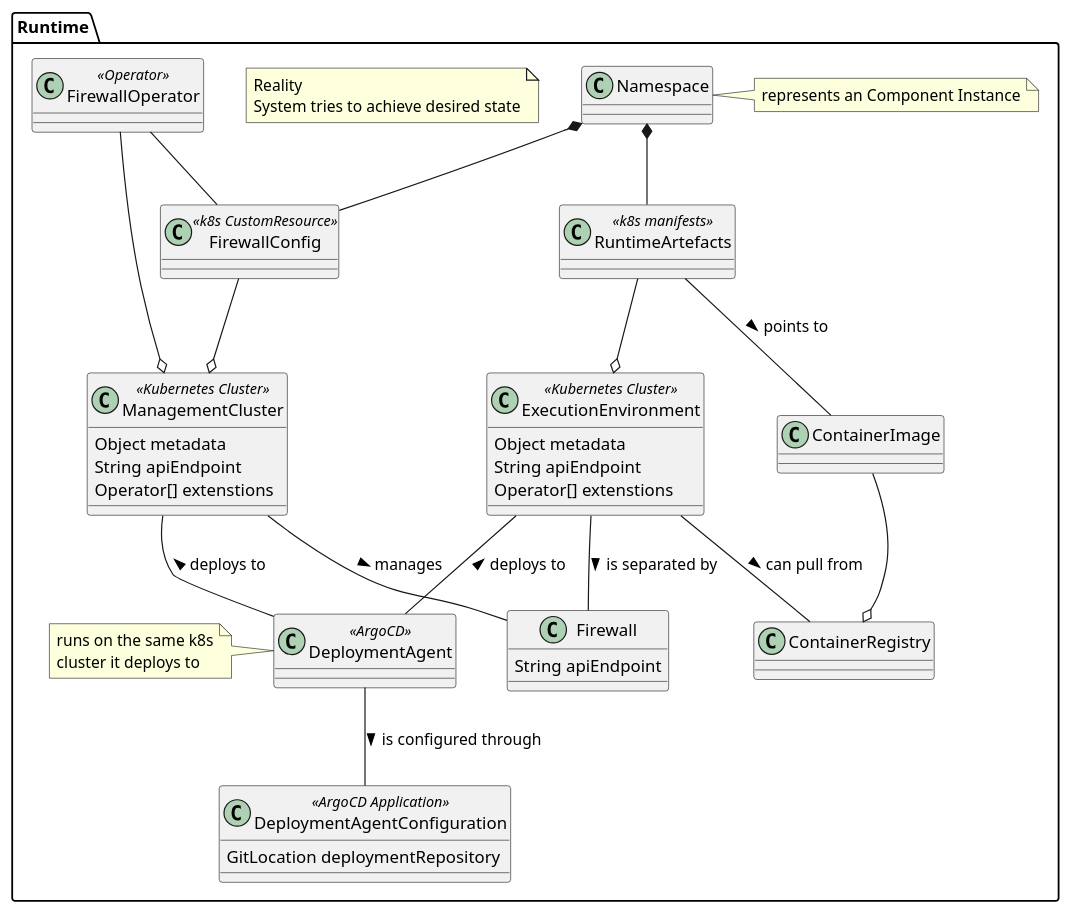
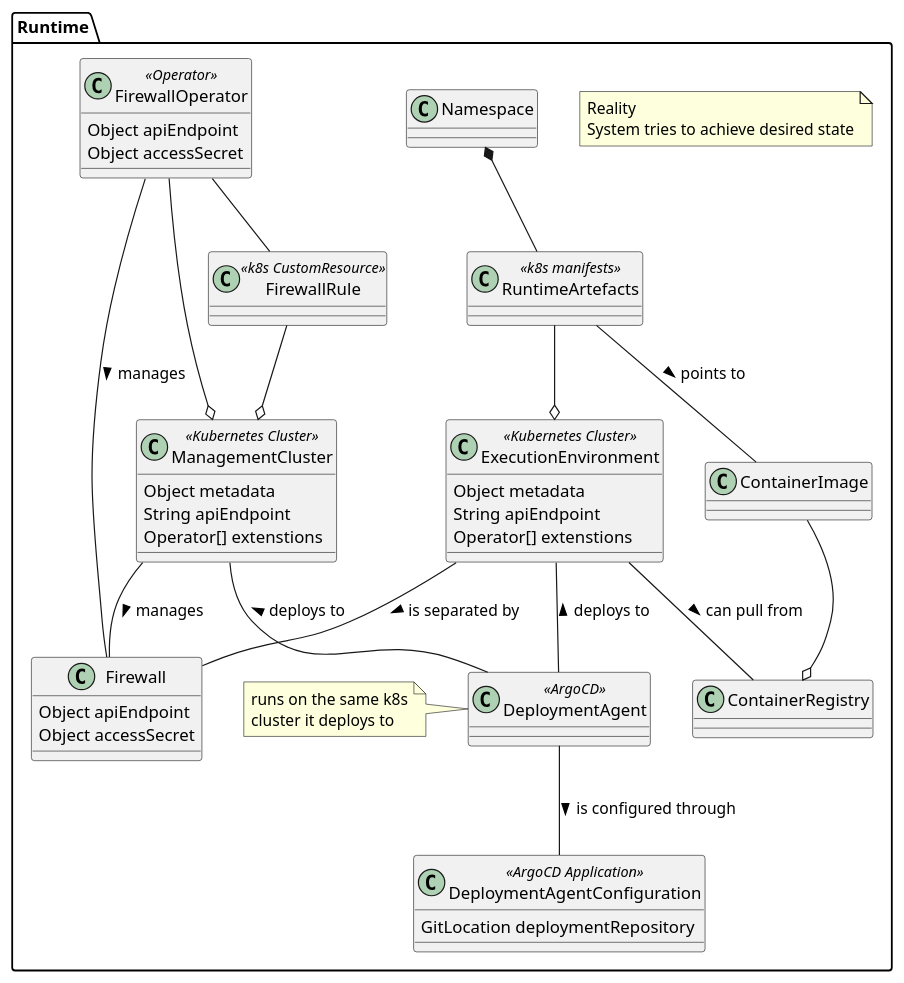
One commit to sa-mw-dach/manuela changed the diagram in docs/architecture/metamodel.runtime.plantuml. Above: the diagram before and after it, drawn with PlantUML. The commit also changed 3 other files, not shown here.

```diff
--- a/docs/architecture/metamodel.runtime.plantuml
+++ b/docs/architecture/metamodel.runtime.plantuml
@@ -1,63 +1,65 @@
 @startuml
 namespace Runtime {
     note "Reality\nSystem tries to achieve desired state" as notereality
 
     ' --- Container Runtime Infra
     class ContainerRegistry
 
     class ContainerImage
 
     ' --- K8s runtime
     class ExecutionEnvironment <<Kubernetes Cluster>>
     ExecutionEnvironment : Object metadata
     ExecutionEnvironment : String apiEndpoint
     ExecutionEnvironment : Operator[] extenstions
 
     class DeploymentAgent <<ArgoCD>>
     note left: runs on the same k8s\ncluster it deploys to
 
     class DeploymentAgentConfiguration <<ArgoCD Application>>
     DeploymentAgentConfiguration : GitLocation deploymentRepository
 
     class Namespace
-    note right: represents an Component Instance
     
     class RuntimeArtefacts <<k8s manifests>>
 
     ' --- Infra management
     class Firewall
-    Firewall : String apiEndpoint
+    Firewall : Object apiEndpoint
+    Firewall : Object accessSecret
 
-    class FirewallConfig <<k8s CustomResource>>
+    class FirewallRule <<k8s CustomResource>>
 
     class FirewallOperator <<Operator>>
+    FirewallOperator : Object apiEndpoint
+    FirewallOperator : Object accessSecret
 
     class ManagementCluster <<Kubernetes Cluster>>
     ManagementCluster : Object metadata
     ManagementCluster : String apiEndpoint
     ManagementCluster : Operator[] extenstions
 
     ' --- Links
     "Namespace" *-- RuntimeArtefacts  
-    "Namespace" *-- FirewallConfig  
 
     DeploymentAgent -- DeploymentAgentConfiguration : is configured through >
 
     ContainerImage --o ContainerRegistry 
 
     RuntimeArtefacts --o ExecutionEnvironment 
     RuntimeArtefacts -- ContainerImage : points to >
 
     ExecutionEnvironment -- ContainerRegistry : can pull from >
     ExecutionEnvironment -- DeploymentAgent : < deploys to
     'ExecutionEnvironment -- DeploymentAgent : < runs on 
     ExecutionEnvironment -- Firewall : is separated by >
 
-    FirewallConfig --o ManagementCluster
+    FirewallRule --o ManagementCluster
 
     ManagementCluster -- Firewall : manages >
     ManagementCluster -- DeploymentAgent : < deploys to
     FirewallOperator --o ManagementCluster
-    FirewallOperator -- FirewallConfig
+    FirewallOperator -- FirewallRule
+    FirewallOperator -- Firewall: manages >
 }
 @enduml
```
